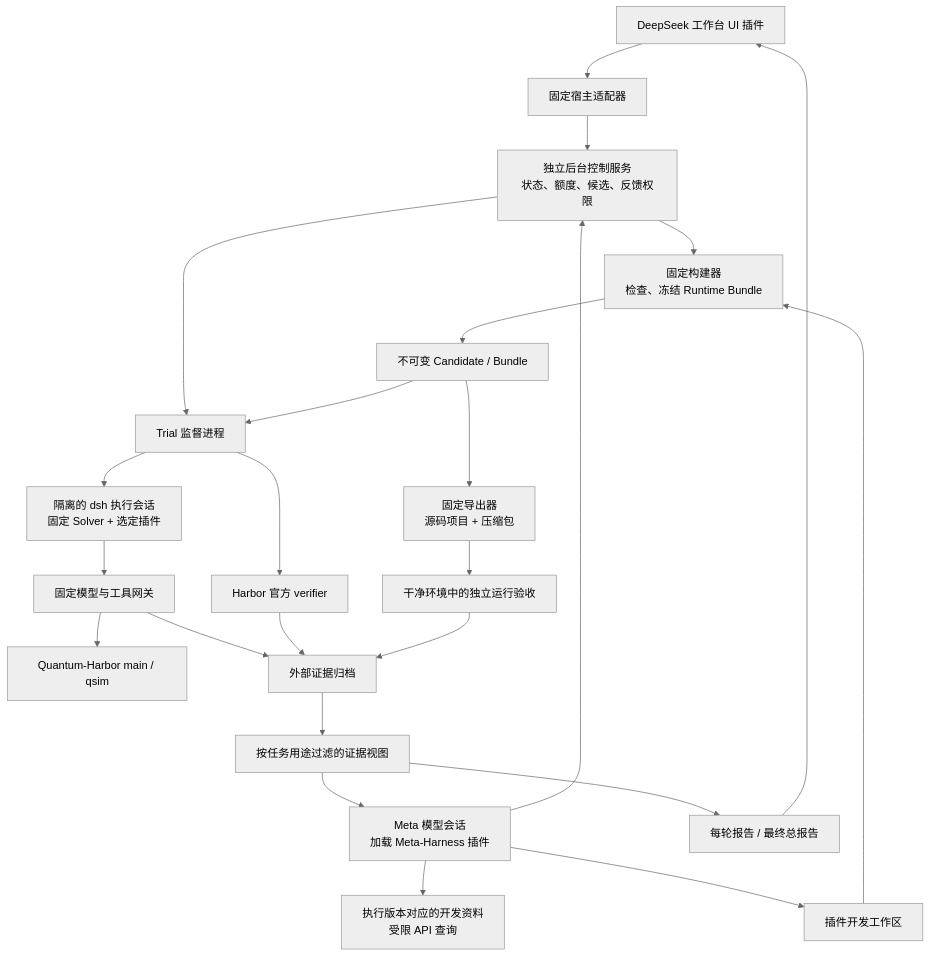
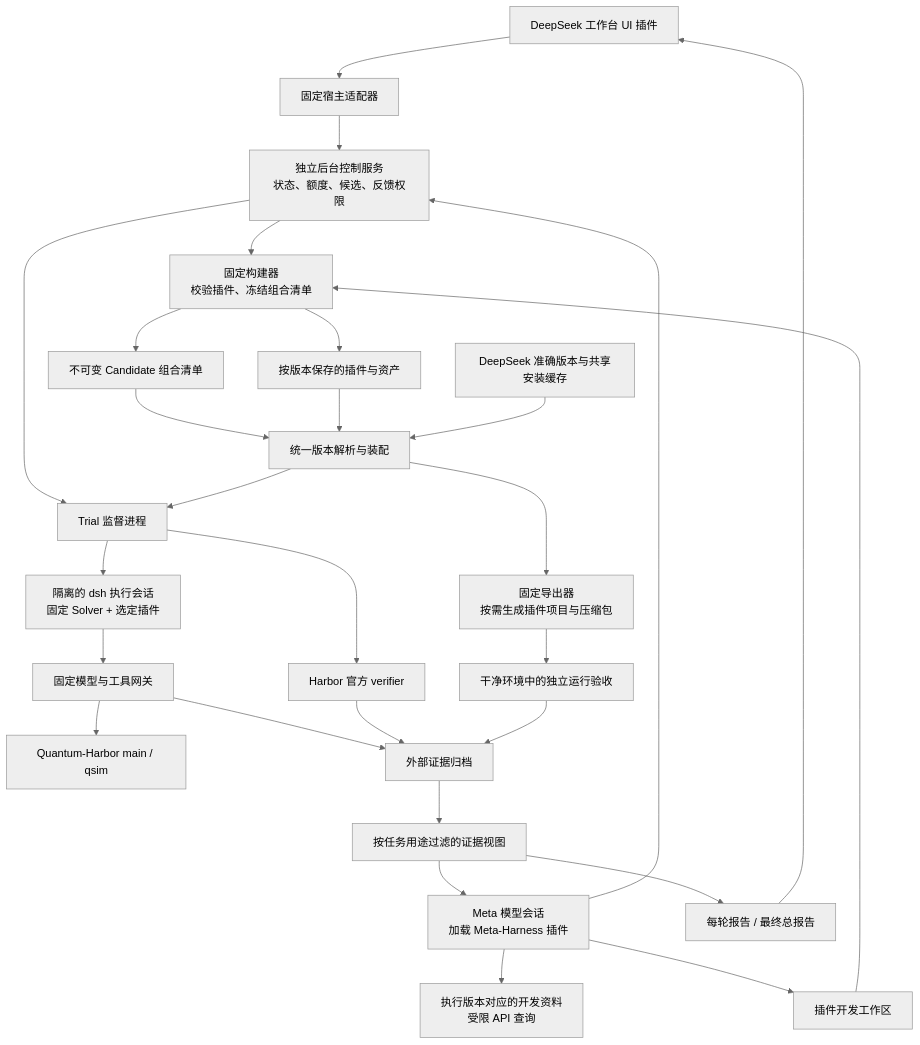
The diagram in docs/design/meta-harness-implementation.md (rainshed/PhyExpHarness), drawn with Mermaid (neutral theme) before and after one commit. The commit also changed other lines of this file and 6 other files, not shown here.

````diff
--- a/docs/design/meta-harness-implementation.md
+++ b/docs/design/meta-harness-implementation.md
@@ -35,26 +37,30 @@
 ```mermaid
 flowchart TB
   U[DeepSeek 工作台 UI 插件] --> H[固定宿主适配器]
   H --> C["独立后台控制服务<br/>状态、额度、候选、反馈权限"]
   M["Meta 模型会话<br/>加载 Meta-Harness 插件"] --> C
   M --> K["执行版本对应的开发资料<br/>受限 API 查询"]
   M --> W[插件开发工作区]
-  W --> B["固定构建器<br/>检查、冻结 Runtime Bundle"]
+  W --> B["固定构建器<br/>校验插件、冻结组合清单"]
   C --> B
-  B --> A[不可变 Candidate / Bundle]
+  B --> P[按版本保存的插件与资产]
+  B --> A[不可变 Candidate 组合清单]
+  A --> L[统一版本解析与装配]
+  P --> L
+  D[DeepSeek 准确版本与共享安装缓存] --> L
   C --> S[Trial 监督进程]
-  A --> S
+  L --> S
   S --> X["隔离的 dsh 执行会话<br/>固定 Solver + 选定插件"]
   X --> G[固定模型与工具网关]
   G --> Q[Quantum-Harbor main / qsim]
   S --> V[Harbor 官方 verifier]
   G --> E[外部证据归档]
   V --> E
   E --> F[按任务用途过滤的证据视图]
   F --> M
   F --> R[每轮报告 / 最终总报告]
   R --> U
-  A --> O["固定导出器<br/>源码项目 + 压缩包"]
+  L --> O["固定导出器<br/>按需生成插件项目与压缩包"]
   O --> I[干净环境中的独立运行验收]
   I --> E
 ```
````
